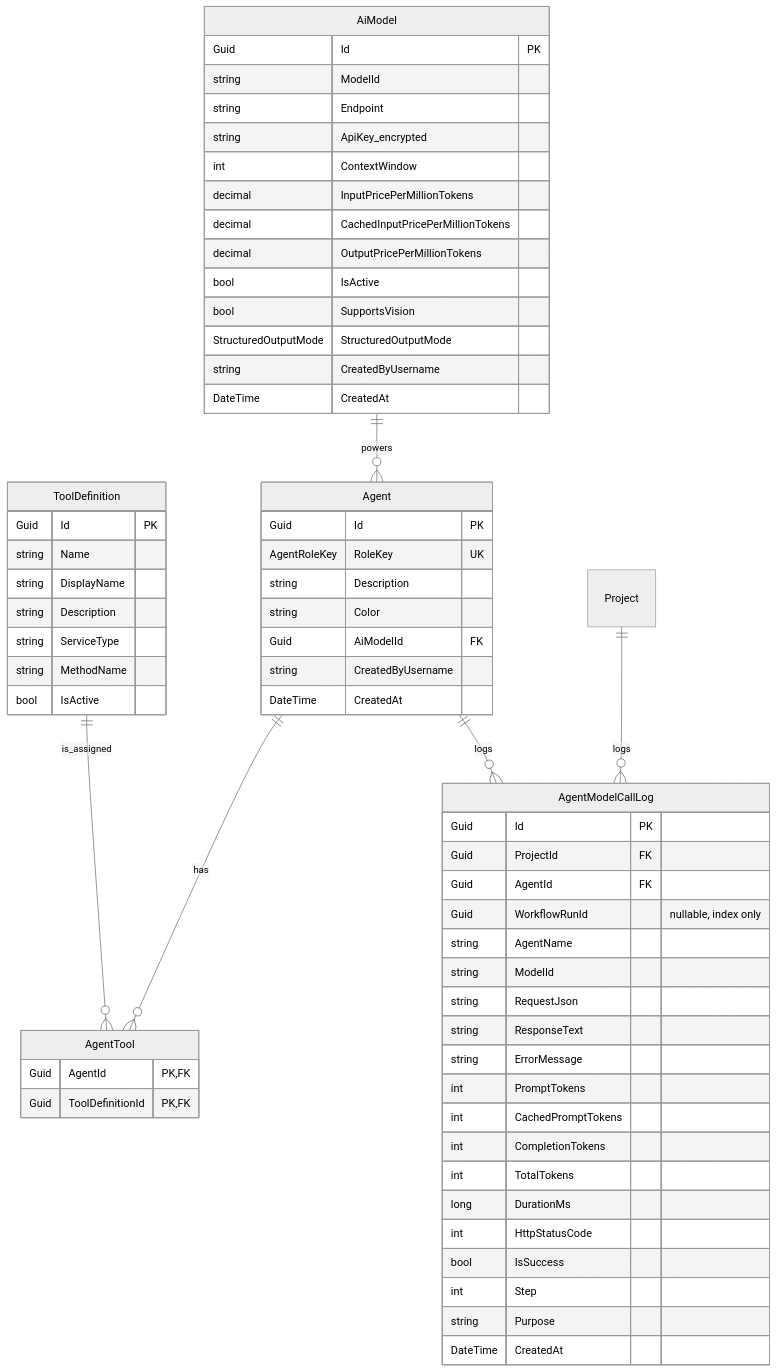
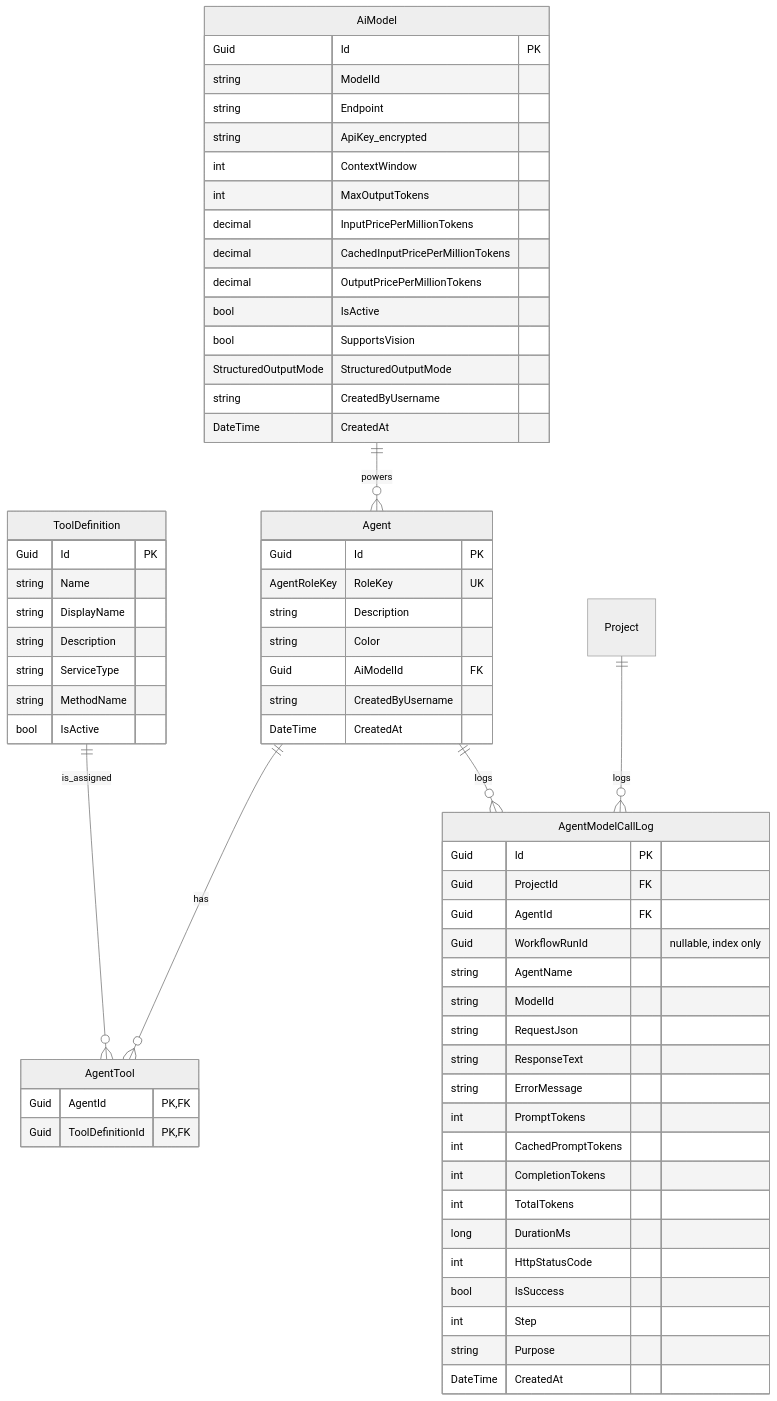
Before and after one commit to Songlong0506/ICOGenerator-v4: the fifth of 9 diagrams in docs/data-model.md, drawn with Mermaid (neutral theme). The commit also changed other lines of this file and 16 other files, not shown here.

````diff
--- a/docs/data-model.md
+++ b/docs/data-model.md
@@ -272,71 +272,72 @@
 ```mermaid
 erDiagram
     AiModel {
         Guid Id PK
         string ModelId
         string Endpoint
         string ApiKey_encrypted
         int ContextWindow
+        int MaxOutputTokens
         decimal InputPricePerMillionTokens
         decimal CachedInputPricePerMillionTokens
         decimal OutputPricePerMillionTokens
         bool IsActive
         bool SupportsVision
         StructuredOutputMode StructuredOutputMode
         string CreatedByUsername
         DateTime CreatedAt
     }
 
     Agent {
         Guid Id PK
         AgentRoleKey RoleKey UK
         string Description
         string Color
         Guid AiModelId FK
         string CreatedByUsername
         DateTime CreatedAt
     }
 
     ToolDefinition {
         Guid Id PK
         string Name
         string DisplayName
         string Description
         string ServiceType
         string MethodName
         bool IsActive
     }
 
     AgentTool {
         Guid AgentId PK, FK
         Guid ToolDefinitionId PK, FK
     }
 
     AgentModelCallLog {
         Guid Id PK
         Guid ProjectId FK
         Guid AgentId FK
         Guid WorkflowRunId "nullable, index only"
         string AgentName
         string ModelId
         string RequestJson
         string ResponseText
         string ErrorMessage
         int PromptTokens
         int CachedPromptTokens
         int CompletionTokens
         int TotalTokens
         long DurationMs
         int HttpStatusCode
         bool IsSuccess
         int Step
         string Purpose
         DateTime CreatedAt
     }
 
     AiModel ||--o{ Agent : powers
     Agent ||--o{ AgentTool : has
     ToolDefinition ||--o{ AgentTool : is_assigned
     Project ||--o{ AgentModelCallLog : logs
     Agent ||--o{ AgentModelCallLog : logs
 ```
````
